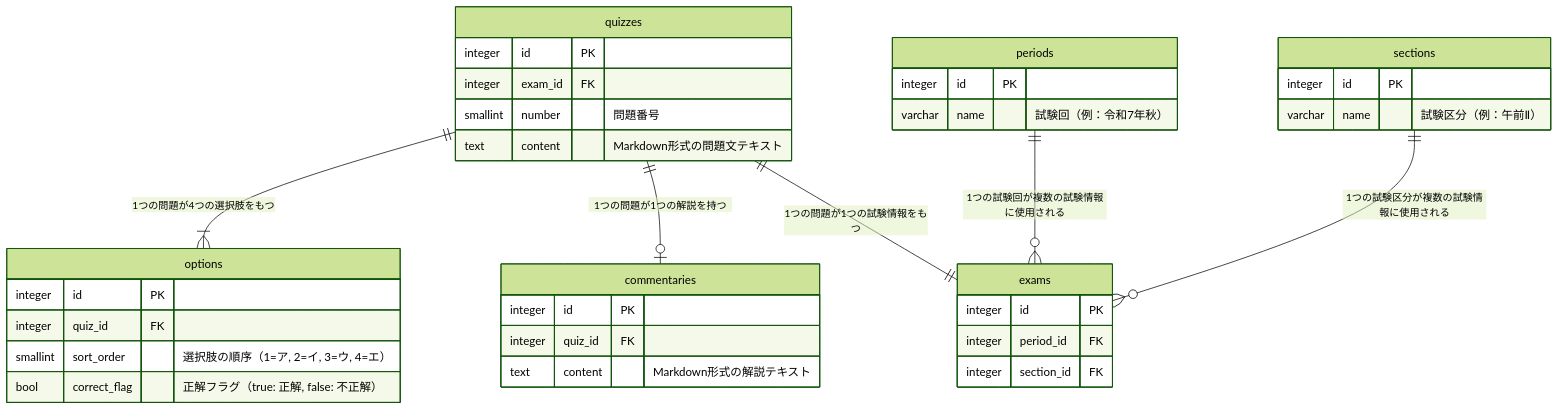
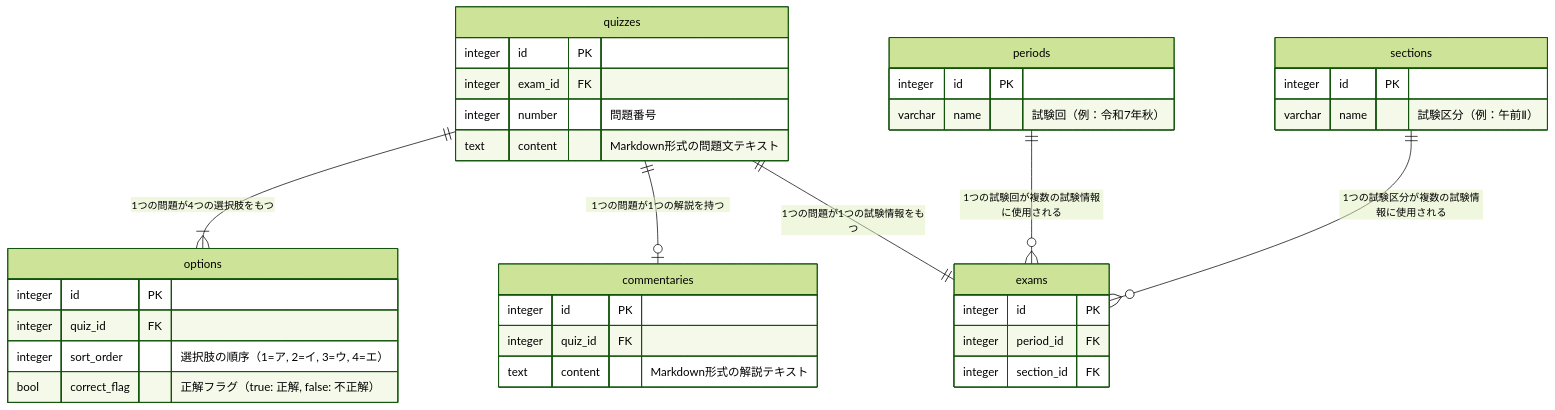
Before and after one commit to yutomoritajp/kakomon: the diagram in docs/v0/s2_basic_design.md, drawn with Mermaid (forest theme). The commit also changed 11 other files, not shown here.

````diff
--- a/docs/v0/s2_basic_design.md
+++ b/docs/v0/s2_basic_design.md
@@ -87,44 +87,44 @@
 ``` mermaid
 erDiagram
   quizzes ||--|{ options: "1つの問題が4つの選択肢をもつ"
   quizzes ||--o| commentaries : "1つの問題が1つの解説を持つ"
   quizzes ||--|| exams: "1つの問題が1つの試験情報をもつ"
   periods ||--o{ exams: "1つの試験回が複数の試験情報に使用される"
   sections ||--o{ exams: "1つの試験区分が複数の試験情報に使用される"
 
 quizzes {
     integer id PK
     integer exam_id FK
-    smallint number "問題番号"
+    integer number "問題番号"
     text content "Markdown形式の問題文テキスト"
 }
 
 exams {
     integer id PK
     integer period_id FK
     integer section_id FK
 }
 
 periods {
     integer id PK
     varchar name "試験回（例：令和7年秋）"
 }
 
 sections {
     integer id PK
     varchar name "試験区分（例：午前Ⅱ）"
 }
 
 options {
     integer id PK
     integer quiz_id FK
-    smallint sort_order "選択肢の順序（1=ア, 2=イ, 3=ウ, 4=エ）"
+    integer sort_order "選択肢の順序（1=ア, 2=イ, 3=ウ, 4=エ）"
     bool correct_flag "正解フラグ（true: 正解, false: 不正解）"
 }
 
 commentaries {
     integer id PK
     integer quiz_id FK
     text content "Markdown形式の解説テキスト"
 }
 ```
````
